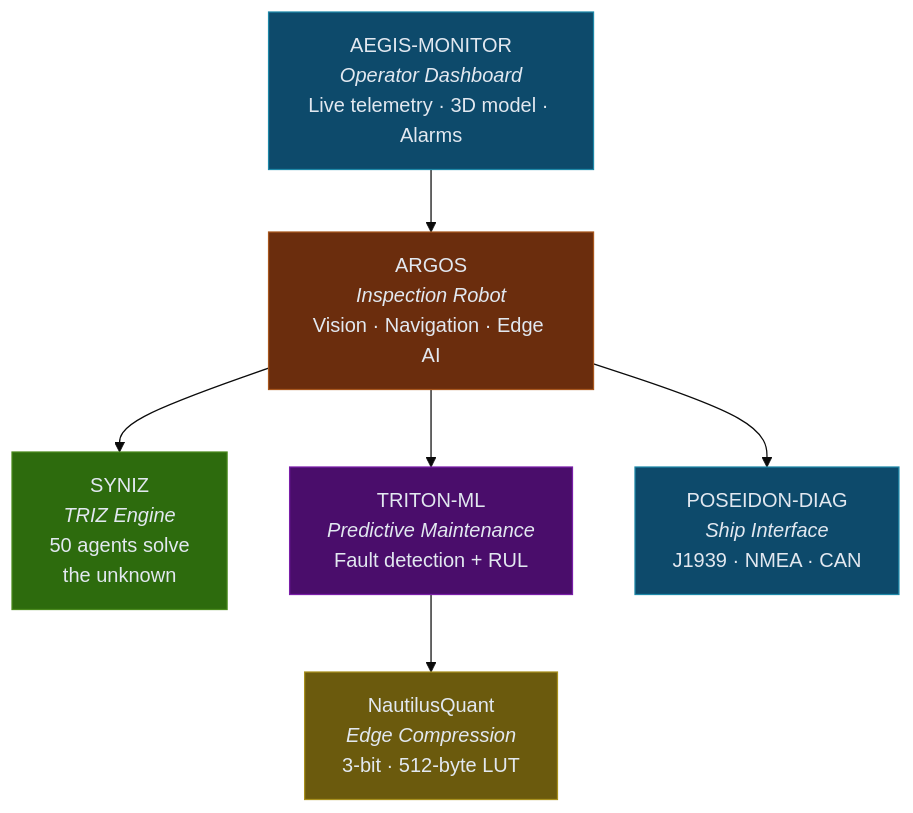
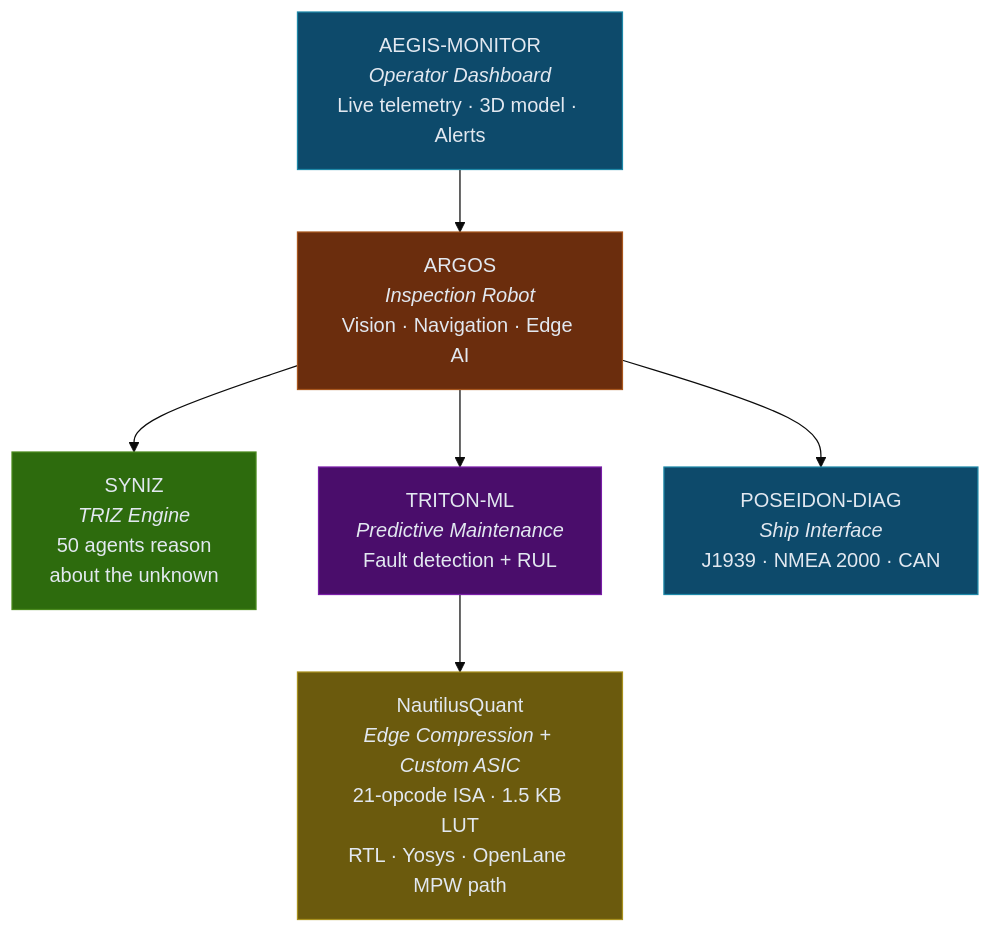
Before and after one commit to ORTODOX1/ORTODOX1: the diagram in README.md, drawn with Mermaid (base theme). The commit also changed other lines of this file, not shown here.

````diff
--- a/README.md
+++ b/README.md
@@ -83,18 +38,18 @@
 ```mermaid
 graph TD
-    A["AEGIS-MONITOR<br/><i>Operator Dashboard</i><br/>Live telemetry · 3D model · Alarms"] --> B
+    A["AEGIS-MONITOR<br/><i>Operator Dashboard</i><br/>Live telemetry · 3D model · Alerts"] --> B
     B["ARGOS<br/><i>Inspection Robot</i><br/>Vision · Navigation · Edge AI"] --> C
     B --> D
     B --> E
-    C["SYNIZ<br/><i>TRIZ Engine</i><br/>50 agents solve<br/>the unknown"]
+    C["SYNIZ<br/><i>TRIZ Engine</i><br/>50 agents reason<br/>about the unknown"]
     D["TRITON-ML<br/><i>Predictive Maintenance</i><br/>Fault detection + RUL"]
-    E["POSEIDON-DIAG<br/><i>Ship Interface</i><br/>J1939 · NMEA · CAN"]
-    D --> F["NautilusQuant<br/><i>Edge Compression</i><br/>3-bit · 512-byte LUT"]
+    E["POSEIDON-DIAG<br/><i>Ship Interface</i><br/>J1939 · NMEA 2000 · CAN"]
+    D --> F["NautilusQuant<br/><i>Edge Compression + Custom ASIC</i><br/>21-opcode ISA · 1.5 KB LUT<br/>RTL · Yosys · OpenLane MPW path"]
 
     style A fill:#0d4a6b,stroke:#1e88a8,color:#e2e8f0
     style B fill:#6b2d0d,stroke:#a8571e,color:#e2e8f0
     style C fill:#2d6b0d,stroke:#4a8a1e,color:#e2e8f0
     style D fill:#4a0d6b,stroke:#7a1ea8,color:#e2e8f0
     style E fill:#0d4a6b,stroke:#1e88a8,color:#e2e8f0
     style F fill:#6b5a0d,stroke:#a8901e,color:#e2e8f0
 ```
````
